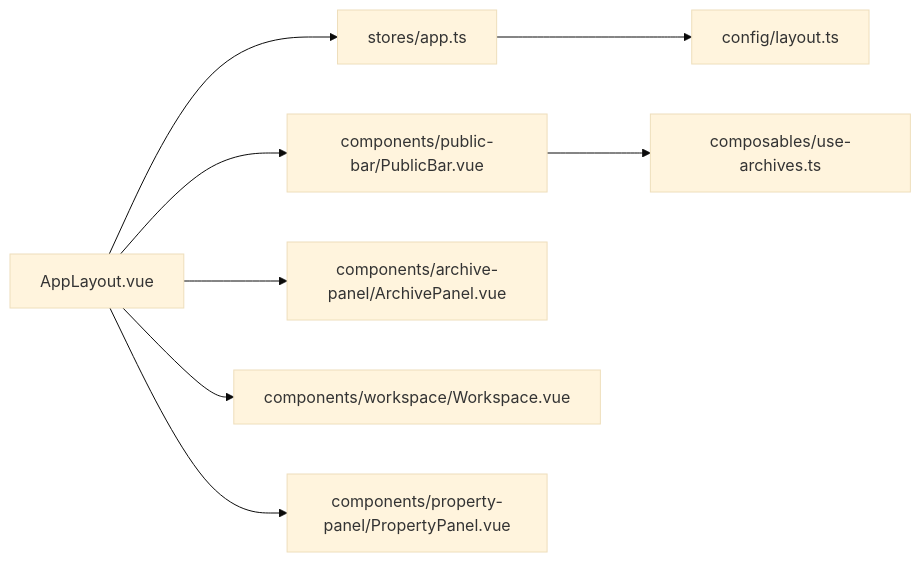
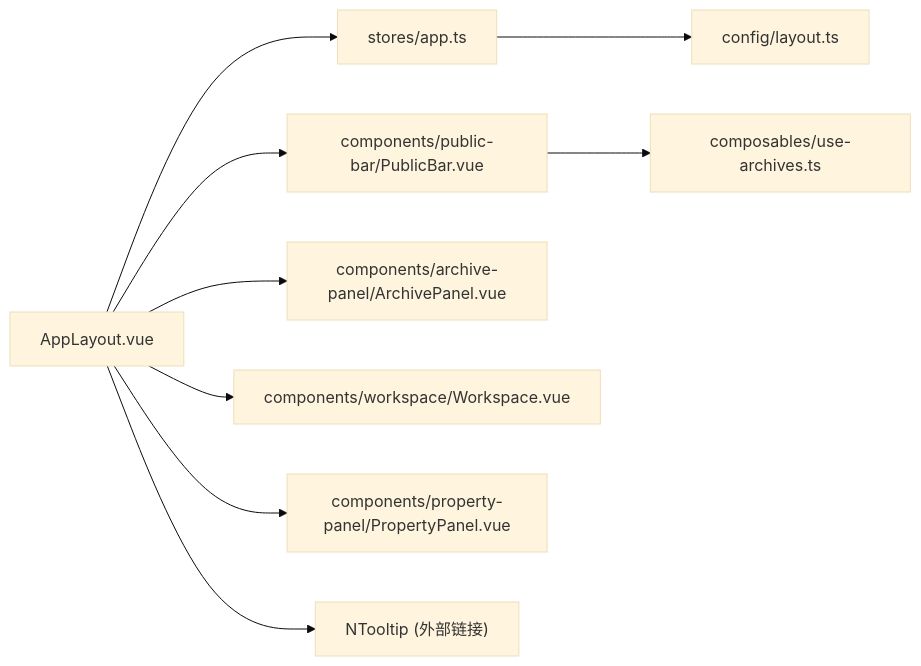
One commit to taoweidong/Hello-Tauri changed the fifth of 5 diagrams in .qoder/repowiki/zh/content/用户界面/布局系统.md. Above: the diagram before and after it, drawn with Mermaid (base theme). The commit also changed other lines of this file and 14 other files, not shown here.

````diff
--- a/.qoder/repowiki/zh/content/用户界面/布局系统.md
+++ b/.qoder/repowiki/zh/content/用户界面/布局系统.md
@@ -322,10 +359,11 @@
 ```mermaid
 graph LR
 A["AppLayout.vue"] --> B["stores/app.ts"]
 B --> C["config/layout.ts"]
 A --> D["components/public-bar/PublicBar.vue"]
 A --> E["components/archive-panel/ArchivePanel.vue"]
 A --> F["components/workspace/Workspace.vue"]
 A --> G["components/property-panel/PropertyPanel.vue"]
-D --> H["composables/use-archives.ts"]
+A --> H["NTooltip (外部链接)"]
+D --> I["composables/use-archives.ts"]
 ```
````
